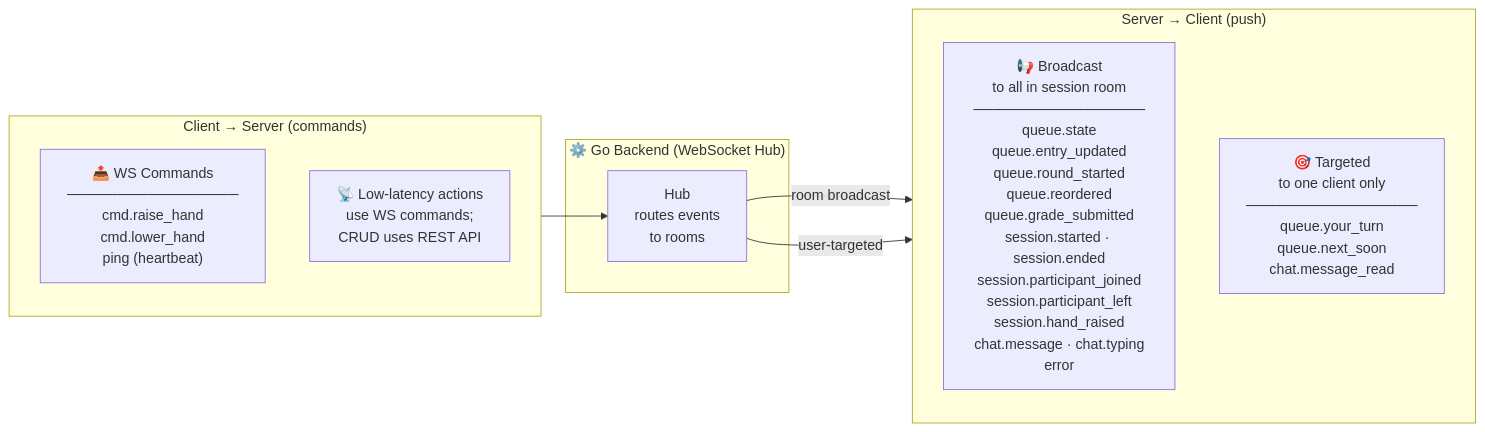
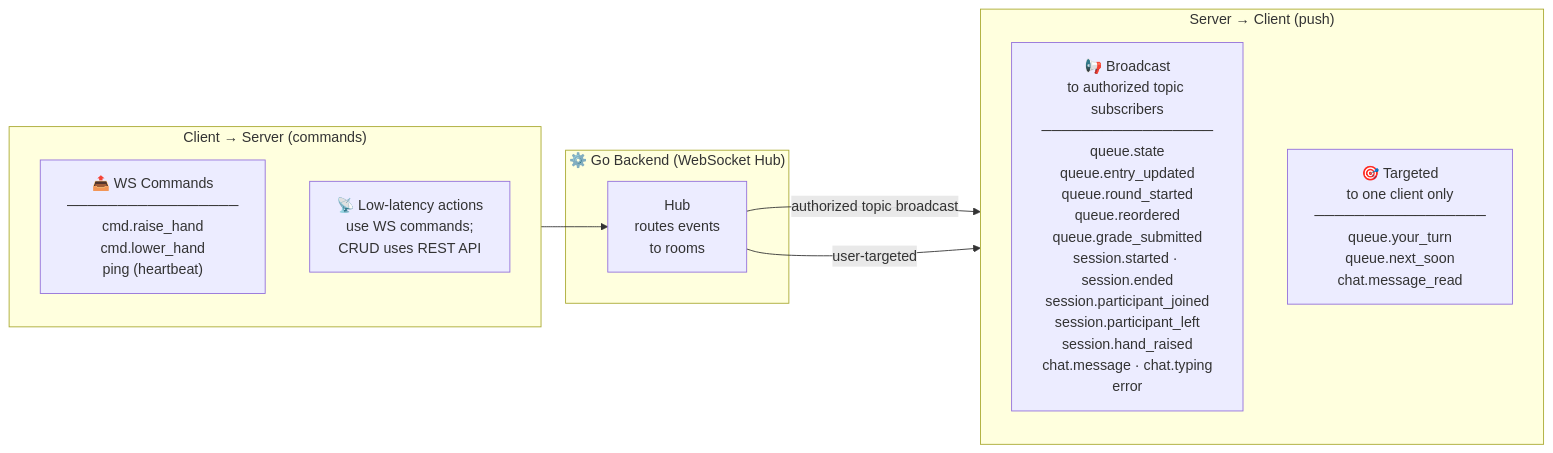
Before and after one commit to KarimMFadel/halaqaty: the diagram in docs/contracts/ws_events.md, drawn with Mermaid. The commit also changed other lines of this file and 17 other files, not shown here.

````diff
--- a/docs/contracts/ws_events.md
+++ b/docs/contracts/ws_events.md
@@ -36,22 +36,22 @@
 ```mermaid
 graph LR
     subgraph Server["⚙️ Go Backend (WebSocket Hub)"]
         HUB["Hub\nroutes events\nto rooms"]
     end
 
     subgraph SC["Server → Client (push)"]
         direction TB
-        BCAST["📢 Broadcast\nto all in session room\n─────────────────\nqueue.state\nqueue.entry_updated\nqueue.round_started\nqueue.reordered\nqueue.grade_submitted\nsession.started · session.ended\nsession.participant_joined\nsession.participant_left\nsession.hand_raised\nchat.message · chat.typing\nerror"]
+        BCAST["📢 Broadcast\nto authorized topic subscribers\n─────────────────\nqueue.state\nqueue.entry_updated\nqueue.round_started\nqueue.reordered\nqueue.grade_submitted\nsession.started · session.ended\nsession.participant_joined\nsession.participant_left\nsession.hand_raised\nchat.message · chat.typing\nerror"]
         TARGET["🎯 Targeted\nto one client only\n─────────────────\nqueue.your_turn\nqueue.next_soon\nchat.message_read"]
     end
 
     subgraph CS["Client → Server (commands)"]
         direction TB
         CMD["📤 WS Commands\n─────────────────\ncmd.raise_hand\ncmd.lower_hand\nping (heartbeat)"]
         REST_NOTE["📡 Low-latency actions\nuse WS commands;\nCRUD uses REST API"]
     end
 
-    HUB -->|"room broadcast"| BCAST
+    HUB -->|"authorized topic broadcast"| BCAST
     HUB -->|"user-targeted"| TARGET
     CMD --> HUB
 ```
````
